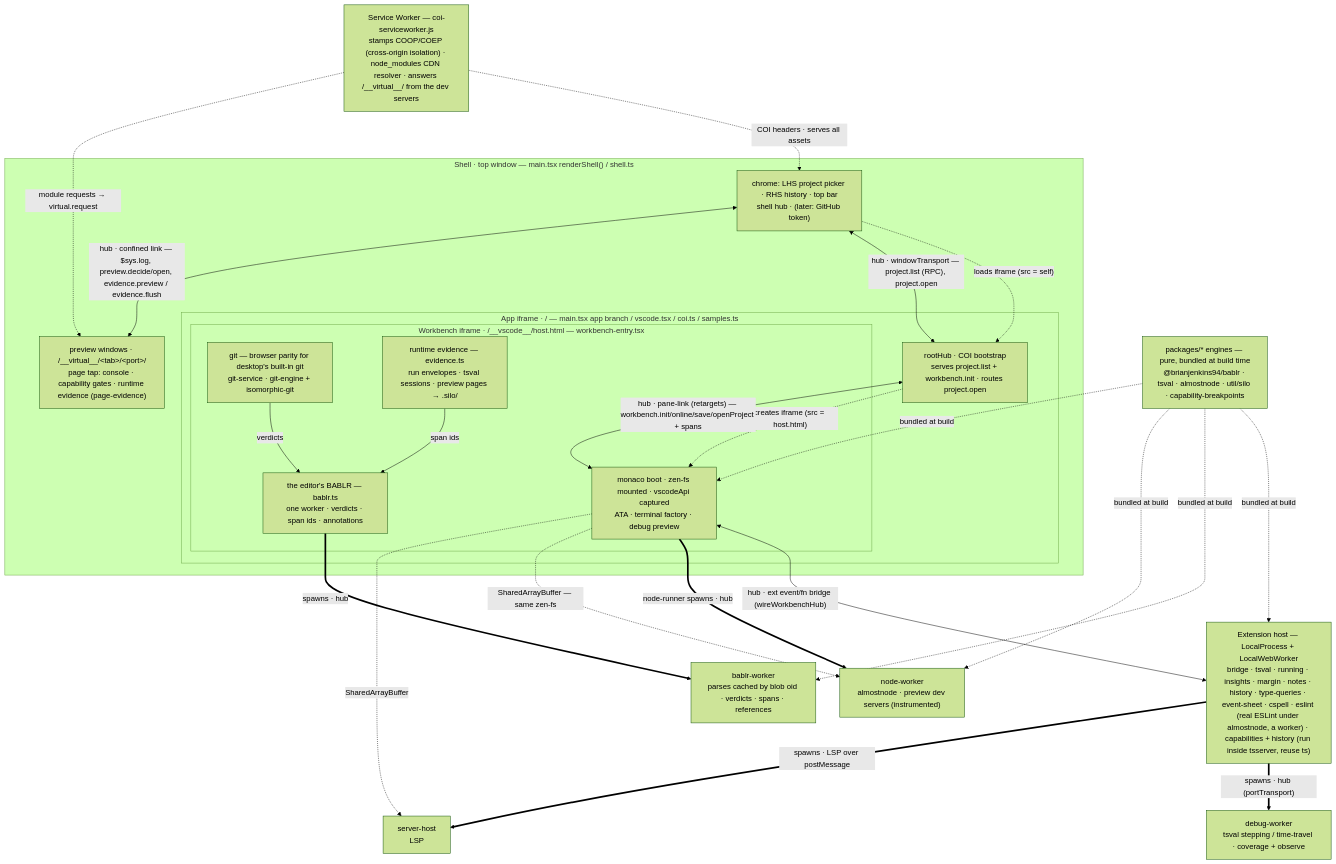
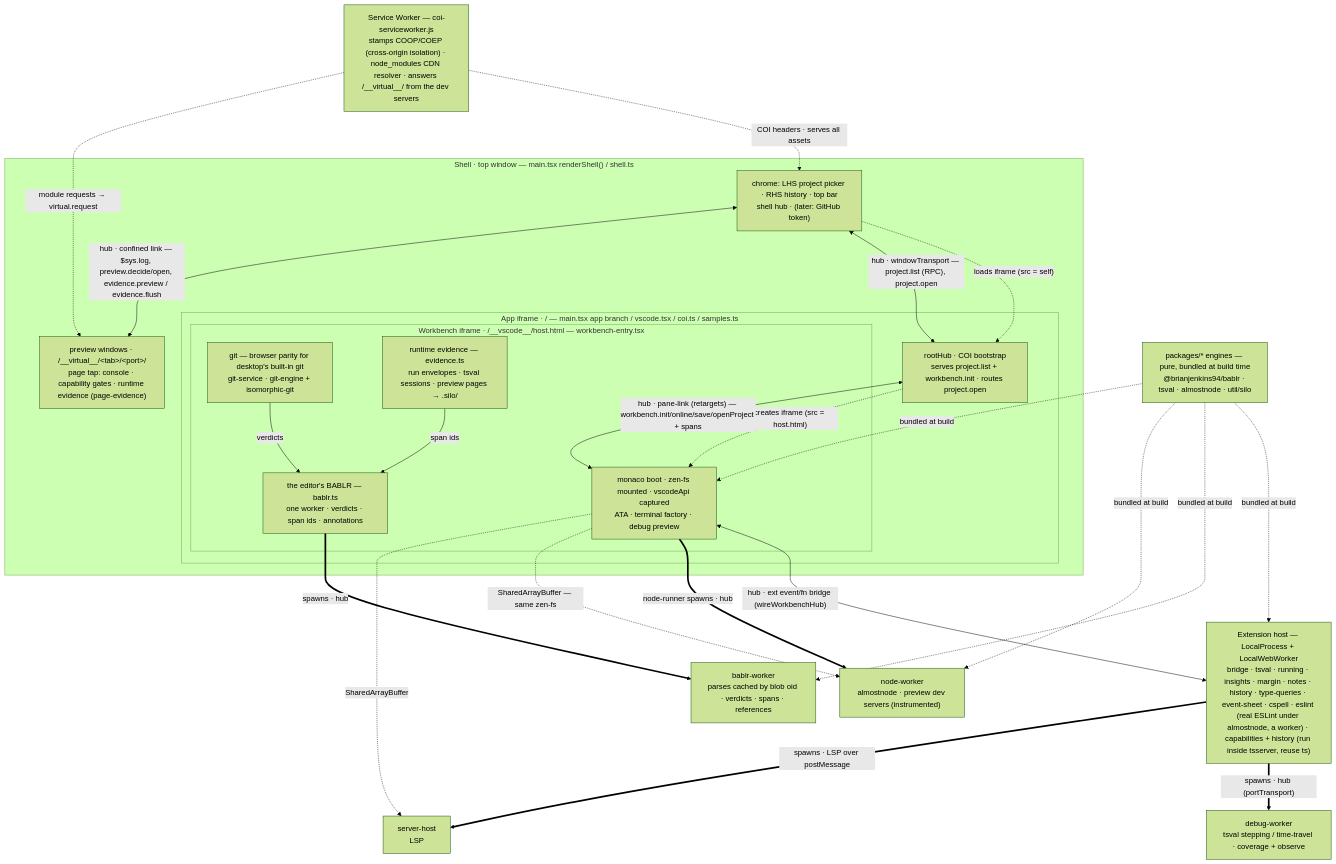
Before and after one commit to brianjenkins94/editor: the first of 2 diagrams in packages/editor/ARCHITECTURE.md, drawn with Mermaid (forest theme). The commit also changed other lines of this file and 23 other files, not shown here.

````diff
--- a/packages/editor/ARCHITECTURE.md
+++ b/packages/editor/ARCHITECTURE.md
@@ -231,52 +232,52 @@
 ```mermaid
 flowchart TB
   SW["Service Worker — coi-serviceworker.js<br/>stamps COOP/COEP (cross-origin isolation) · node_modules CDN resolver · answers /__virtual__/ from the dev servers"]
 
   subgraph SHELL["Shell · top window — main.tsx renderShell() / shell.ts"]
     S["chrome: LHS project picker · RHS history · top bar<br/>shell hub · (later: GitHub token)"]
     PV["preview windows · /__virtual__/&lt;tab&gt;/&lt;port&gt;/<br/>page tap: console · capability gates · runtime evidence (page-evidence)"]
     subgraph APP["App iframe · / — main.tsx app branch / vscode.tsx / coi.ts / samples.ts"]
       A["rootHub · COI bootstrap<br/>serves project.list + workbench.init · routes project.open"]
       subgraph WB["Workbench iframe · /__vscode__/host.html — workbench-entry.tsx"]
         W["monaco boot · zen-fs mounted · vscodeApi captured<br/>ATA · terminal factory · debug preview"]
         GIT["git — browser parity for desktop's built-in git<br/>git-service · git-engine + isomorphic-git"]
         BAB["the editor's BABLR — bablr.ts<br/>one worker · verdicts · span ids · annotations"]
         EV["runtime evidence — evidence.ts<br/>run envelopes · tsval sessions · preview pages → .silo/"]
       end
     end
   end
 
   EXT["Extension host — LocalProcess + LocalWebWorker<br/>bridge · tsval · running · insights · margin · notes · history · type-queries · event-sheet · cspell · eslint (real ESLint under almostnode, a worker) · capabilities + history (run inside tsserver, reuse ts)"]
 
   NW["node-worker<br/>almostnode · preview dev servers (instrumented)"]
   DW["debug-worker<br/>tsval stepping / time-travel · coverage + observe"]
   SH["server-host<br/>LSP"]
   CW["bablr-worker<br/>parses cached by blob oid · verdicts · spans · references"]
 
-  PKG["packages/* engines — pure, bundled at build time<br/>@brianjenkins94/bablr · tsval · almostnode · util/silo · capability-breakpoints"]
+  PKG["packages/* engines — pure, bundled at build time<br/>@brianjenkins94/bablr · tsval · almostnode · util/silo"]
 
   S -.->|"loads iframe (src = self)"| A
   A -.->|"creates iframe (src = host.html)"| W
 
   S <-->|"hub · windowTransport — project.list (RPC), project.open"| A
   S <-->|"hub · confined link — $sys.log, preview.decide/open, evidence.preview / evidence.flush"| PV
   A <-->|"hub · pane-link (retargets) — workbench.init/online/save/openProject + spans"| W
   W <-->|"hub · ext event/fn bridge (wireWorkbenchHub)"| EXT
 
   W ==>|"node-runner spawns · hub"| NW
   EXT ==>|"spawns · hub (portTransport)"| DW
   EXT ==>|"spawns · LSP over postMessage"| SH
   BAB ==>|"spawns · hub"| CW
   GIT -->|"verdicts"| BAB
   EV -->|"span ids"| BAB
 
   W -.->|"SharedArrayBuffer — same zen-fs"| NW
   W -.->|"SharedArrayBuffer"| SH
 
   SW -.->|"COI headers · serves all assets"| S
   SW -.->|"module requests → virtual.request"| PV
   PKG -.->|"bundled at build"| W
   PKG -.->|"bundled at build"| EXT
   PKG -.->|"bundled at build"| CW
   PKG -.->|"bundled at build"| NW
 ```
````
